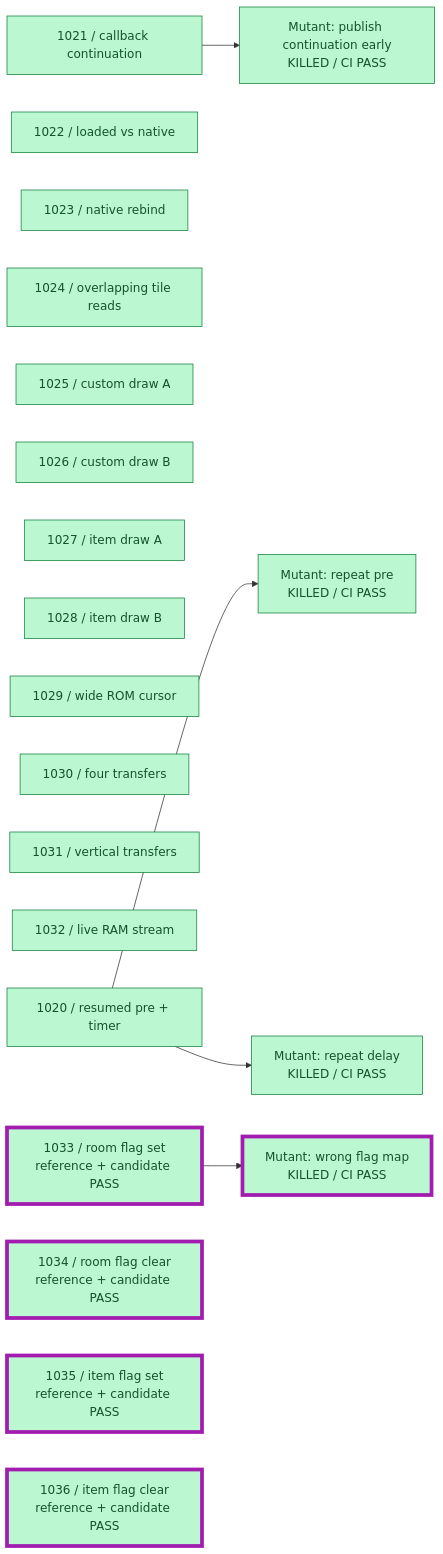
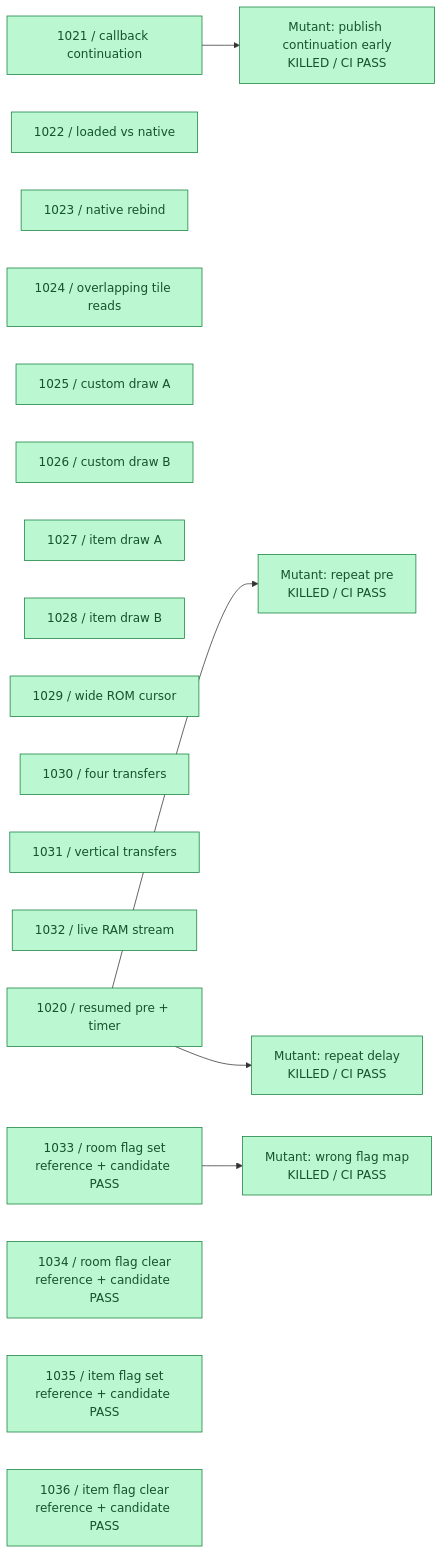
Before and after one commit to JimLundin/sm-decomp: the eighth of 15 diagrams in PROGRESS.md, drawn with Mermaid. The commit also changed other lines of this file and 67 other files, not shown here.

````diff
--- a/PROGRESS.md
+++ b/PROGRESS.md
@@ -313,29 +309,28 @@
 ```mermaid
 flowchart LR
     C21["1021 / callback continuation"]:::done
     C22["1022 / loaded vs native"]:::done
     C23["1023 / native rebind"]:::done
     C24["1024 / overlapping tile reads"]:::done
     C25["1025 / custom draw A"]:::done
     C26["1026 / custom draw B"]:::done
     C27["1027 / item draw A"]:::done
     C28["1028 / item draw B"]:::done
     C29["1029 / wide ROM cursor"]:::done
     C30["1030 / four transfers"]:::done
     C31["1031 / vertical transfers"]:::done
     C32["1032 / live RAM stream"]:::done
     C20["1020 / resumed pre + timer"]:::done --> MP["Mutant: repeat pre<br/>KILLED / CI PASS"]:::done
     C20 --> MD["Mutant: repeat delay<br/>KILLED / CI PASS"]:::done
     C21 --> MC["Mutant: publish continuation early<br/>KILLED / CI PASS"]:::done
     C33["1033 / room flag set<br/>reference + candidate PASS"]:::done --> MF["Mutant: wrong flag map<br/>KILLED / CI PASS"]:::done
     C34["1034 / room flag clear<br/>reference + candidate PASS"]:::done
     C35["1035 / item flag set<br/>reference + candidate PASS"]:::done
     C36["1036 / item flag clear<br/>reference + candidate PASS"]:::done
-    class C33,C34,C35,C36,MF changed
     classDef done fill:#bbf7d0,stroke:#15803d,color:#14532d
     classDef checked fill:#bfdbfe,stroke:#2563eb,color:#1e3a8a
     classDef active fill:#fed7aa,stroke:#ea580c,color:#7c2d12
     classDef pending fill:#f1f5f9,stroke:#94a3b8,color:#475569,stroke-dasharray:5 5
     classDef failed fill:#fecaca,stroke:#dc2626,color:#7f1d1d
     classDef changed stroke:#a21caf,stroke-width:5px
 ```
````
